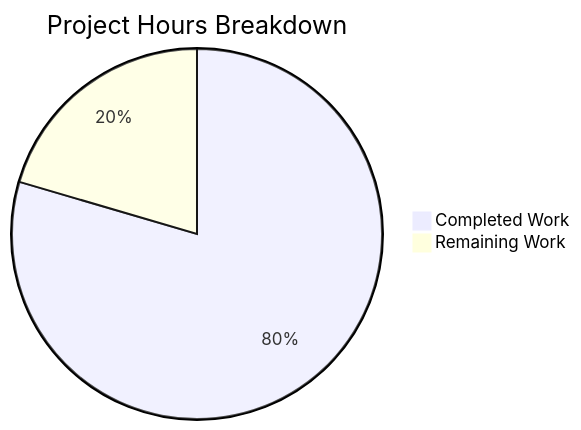
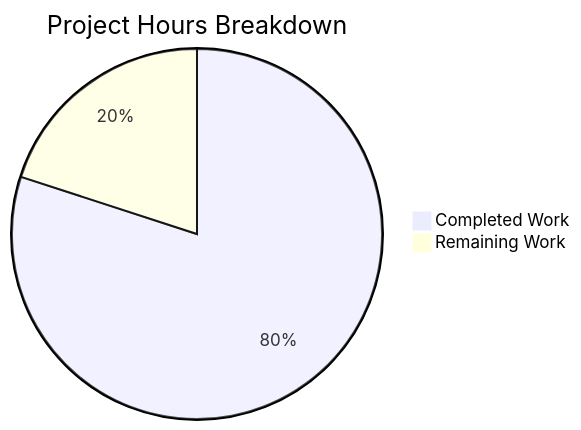
One commit to Sandeep01Kumar/05-march-existing-projects-qa-test-1 changed the second of 2 diagrams in blitzy/documentation/Project Guide.md. Above: the diagram before and after it, drawn with Mermaid. The commit also changed other lines of this file, not shown here.

Commit message:
Adding Blitzy Project Guide: Project Status and Human Tasks Remaining

````diff
--- a/blitzy/documentation/Project Guide.md
+++ b/blitzy/documentation/Project Guide.md
@@ -195,5 +206,5 @@
 ```mermaid
 pie title Project Hours Breakdown
-    "Completed Work" : 35
-    "Remaining Work" : 9
+    "Completed Work" : 48
+    "Remaining Work" : 12
 ```
````
